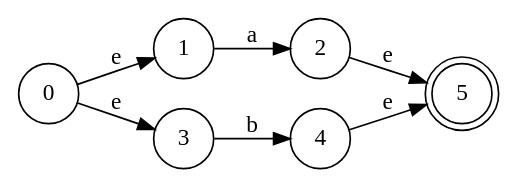
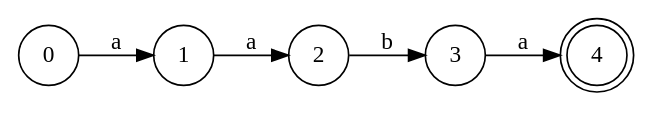
The diagram in output/NFA.gv (Paulinaczz/lycProyecto), drawn with Graphviz before and after one commit. The commit also changed 11 other files, not shown here.

```diff
--- a/output/NFA.gv
+++ b/output/NFA.gv
@@ -1,12 +1,12 @@
 // Diagrama NFA
 strict digraph {
 	rankdir=LR
 	node [shape=circle]
-	0 -> 1 [label=e]
+	0 -> 1 [label=a]
 	1 -> 2 [label=a]
-	0 -> 3 [label=e]
-	3 -> 4 [label=b]
-	2 -> 5 [label=e]
-	4 -> 5 [label=e]
-	5 [shape=doublecircle]
+	0 -> 1
+	2 -> 3 [label=b]
+	0 -> 1
+	3 -> 4 [label=a]
+	4 [shape=doublecircle]
 }
```
